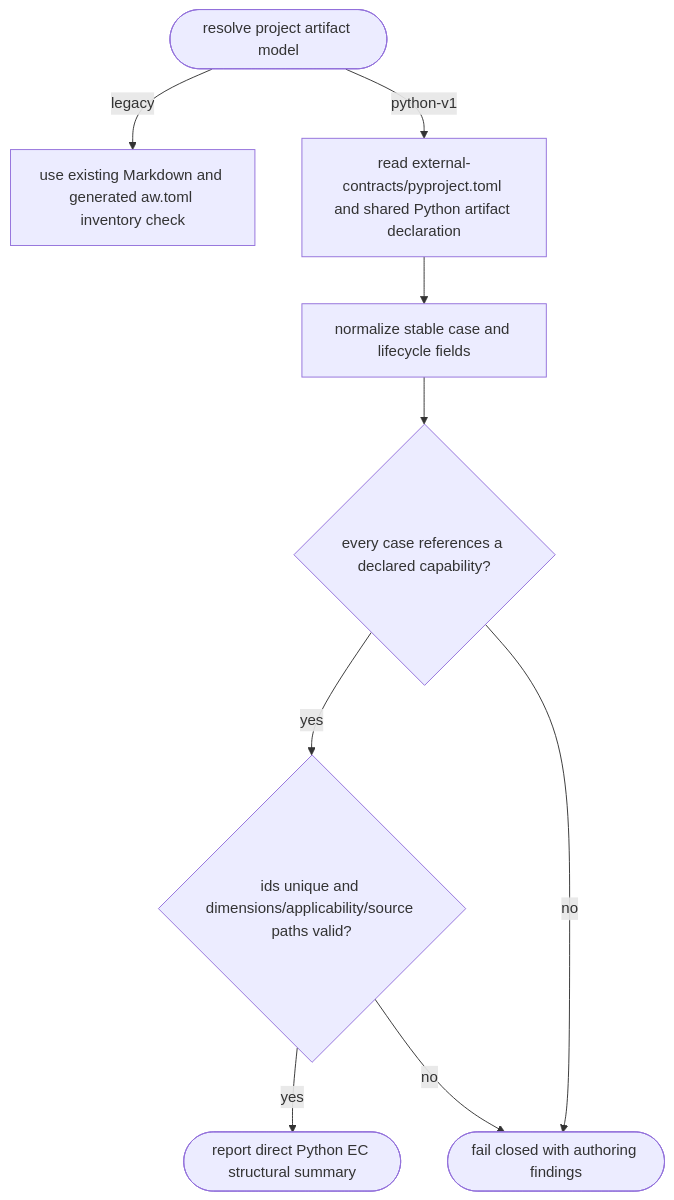
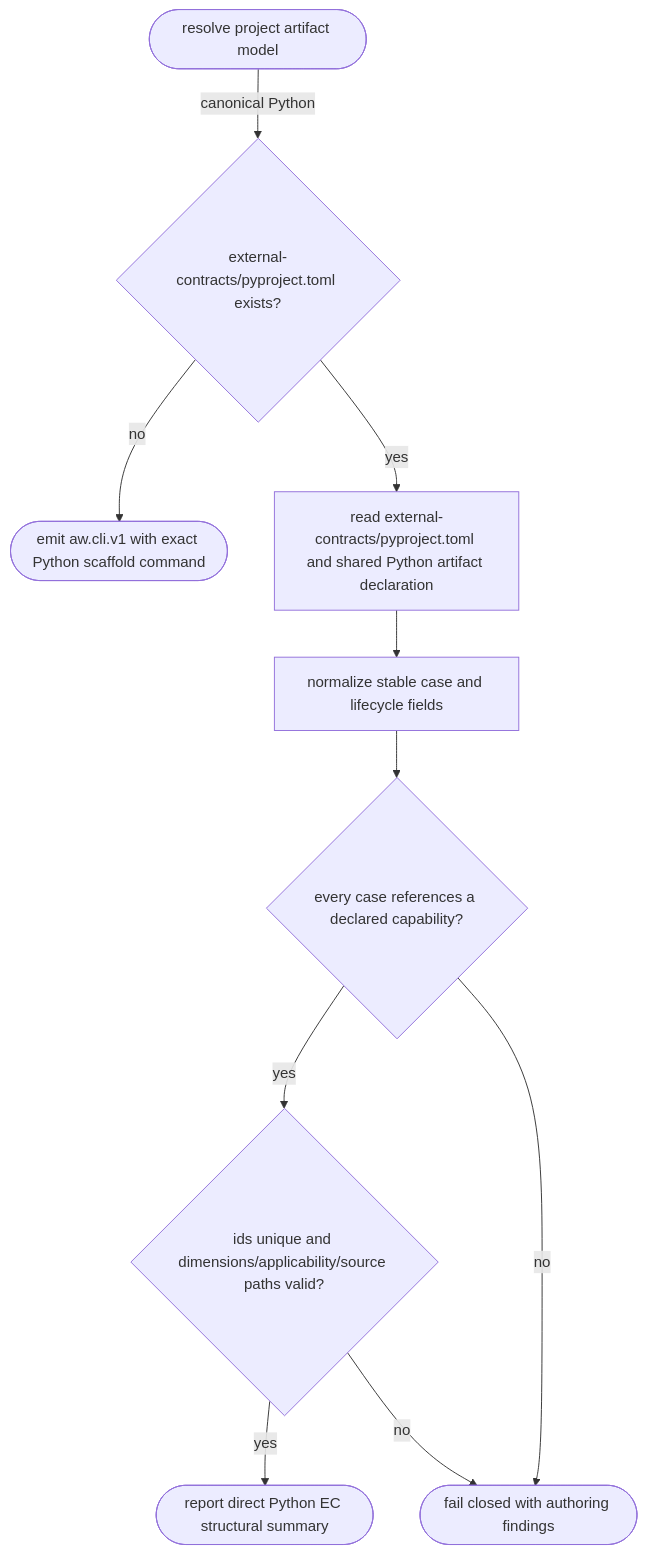
The first of 2 diagrams in apps/agentic-workflow/tech-design/core/logic/python-ec-inventory-check.md (chrischeng-c4/axiom), drawn with Mermaid before and after one commit. The commit also changed other lines of this file and 6 other files, not shown here.

First line of the commit message:
fix(aw): scaffold missing Python EC inventory

````diff
--- a/apps/agentic-workflow/tech-design/core/logic/python-ec-inventory-check.md
+++ b/apps/agentic-workflow/tech-design/core/logic/python-ec-inventory-check.md
@@ -19,33 +19,36 @@
 ```mermaid
 ---
 id: aw-python-ec-inventory-check
 entry: select
 nodes:
   select: { kind: start, label: "resolve project artifact model" }
-  legacy: { kind: process, label: "use existing Markdown and generated aw.toml inventory check" }
+  scaffold: { kind: decision, label: "external-contracts/pyproject.toml exists?" }
+  route: { kind: terminal, label: "emit aw.cli.v1 with exact Python scaffold command" }
   discover: { kind: process, label: "read external-contracts/pyproject.toml and shared Python artifact declaration" }
   normalize: { kind: process, label: "normalize stable case, capability, use-case, dimension, applicability, and source path fields" }
   capability: { kind: decision, label: "every case references a declared capability?" }
   validate: { kind: decision, label: "ids unique and dimensions/applicability/source paths valid?" }
   report: { kind: terminal, label: "report direct Python EC structural summary" }
   reject: { kind: terminal, label: "fail closed with authoring findings" }
 edges:
-  - { from: select, to: legacy, label: "legacy" }
-  - { from: select, to: discover, label: "python-v1" }
+  - { from: select, to: scaffold, label: "canonical Python" }
+  - { from: scaffold, to: discover, label: "yes" }
+  - { from: scaffold, to: route, label: "no" }
   - { from: discover, to: normalize }
   - { from: normalize, to: capability }
   - { from: capability, to: validate, label: "yes" }
   - { from: capability, to: reject, label: "no" }
   - { from: validate, to: report, label: "yes" }
   - { from: validate, to: reject, label: "no" }
 ---
 flowchart TD
-  select([resolve project artifact model]) -->|legacy| legacy[use existing Markdown and generated aw.toml inventory check]
-  select -->|python-v1| discover[read external-contracts/pyproject.toml and shared Python artifact declaration]
+  select([resolve project artifact model]) -->|canonical Python| scaffold{external-contracts/pyproject.toml exists?}
+  scaffold -->|no| route([emit aw.cli.v1 with exact Python scaffold command])
+  scaffold -->|yes| discover[read external-contracts/pyproject.toml and shared Python artifact declaration]
   discover --> normalize[normalize stable case and lifecycle fields]
   normalize --> capability{every case references a declared capability?}
   capability -->|yes| validate{ids unique and dimensions/applicability/source paths valid?}
   capability -->|no| reject([fail closed with authoring findings])
   validate -->|yes| report([report direct Python EC structural summary])
   validate -->|no| reject
 ```
````
